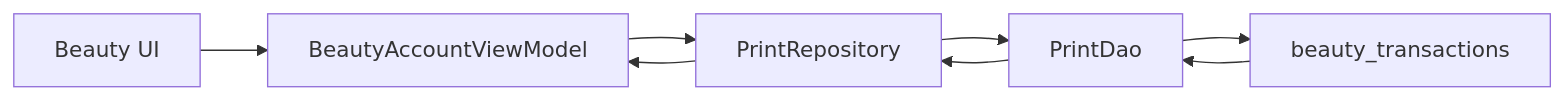
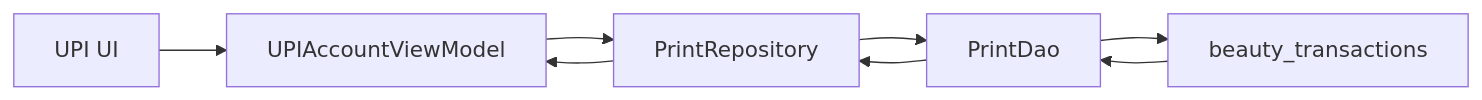
Before and after one commit to Tadiwanasheedricktembo/print-buddy-app: the seventh of 10 diagrams in BUSINESS_LOGIC_AUDIT.md, drawn with Mermaid. The commit also changed other lines of this file and 9 other files, not shown here.

Commit message:
The UPI Account screen is now fully optimized for daily mobile use.

````diff
--- a/BUSINESS_LOGIC_AUDIT.md
+++ b/BUSINESS_LOGIC_AUDIT.md
@@ -659,10 +659,10 @@
 ```mermaid
 graph LR
-UI[Beauty UI] --> VM[BeautyAccountViewModel]
+UI[UPI UI] --> VM[UPIAccountViewModel]
 VM --> Repo[PrintRepository]
 Repo --> DAO[PrintDao]
 DAO --> Room[beauty_transactions]
 Room --> DAO
 DAO --> Repo
 Repo --> VM
 ```
````
